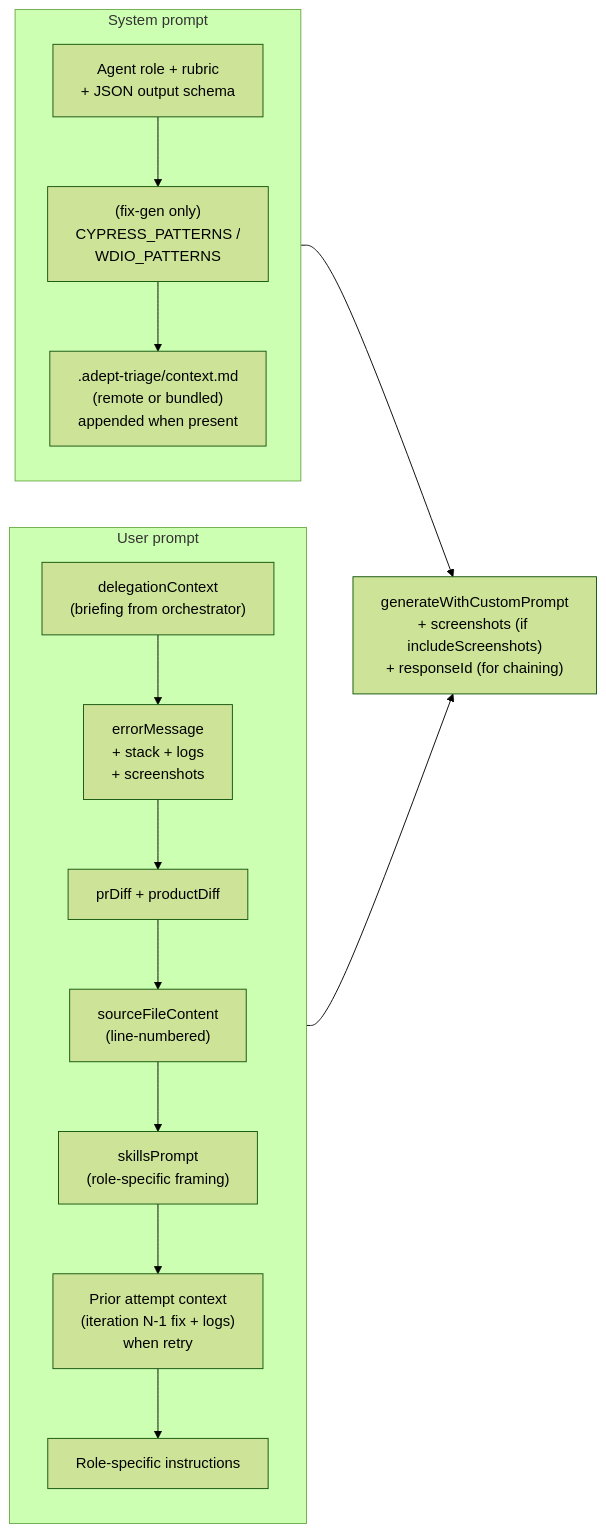
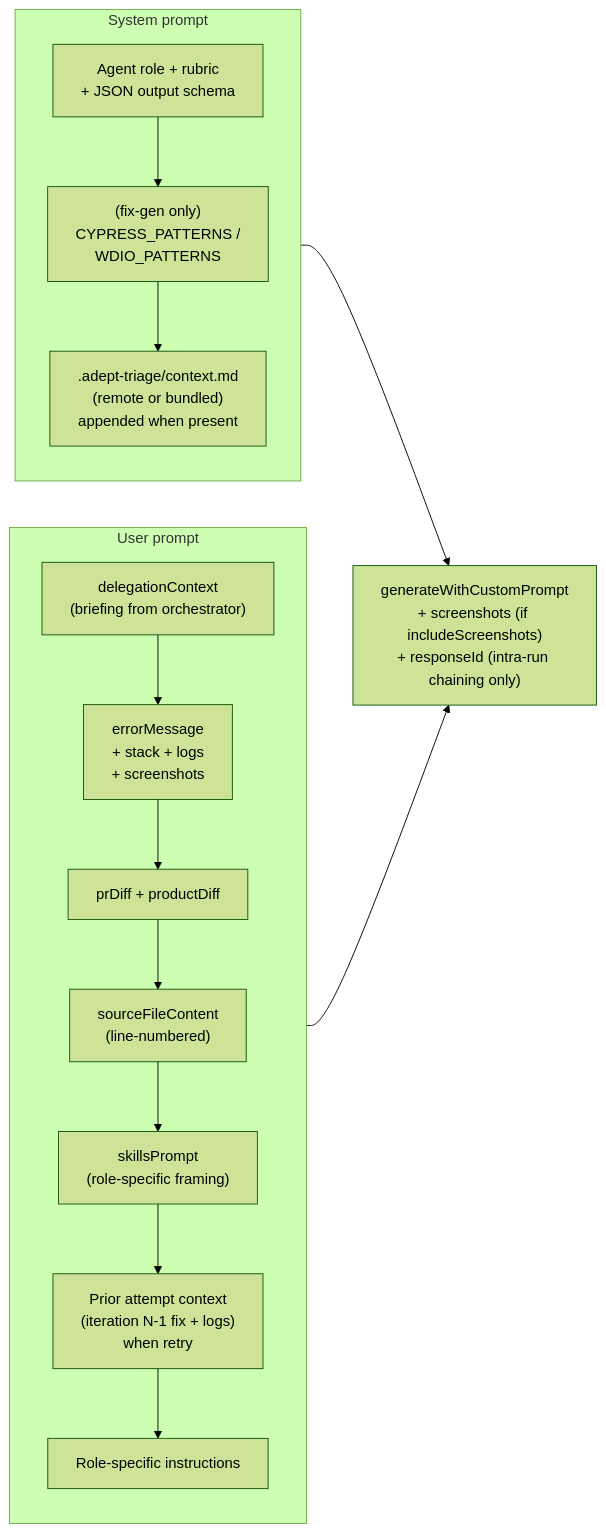
One commit to adept-at/adept-triage-agent changed the fourth of 10 diagrams in docs/agent-workflow-flowchart.md. Above: the diagram before and after it, drawn with Mermaid (forest theme). The commit also changed other lines of this file and 67 other files, not shown here.

````diff
--- a/docs/agent-workflow-flowchart.md
+++ b/docs/agent-workflow-flowchart.md
@@ -146,29 +146,29 @@
 ```mermaid
 flowchart LR
     subgraph SYS["System prompt"]
         ROLE["Agent role + rubric<br/>+ JSON output schema"]
         PATTERNS["(fix-gen only)<br/>CYPRESS_PATTERNS /<br/>WDIO_PATTERNS"]
         REPO_CTX[".adept-triage/context.md<br/>(remote or bundled)<br/>appended when present"]
         ROLE --> PATTERNS
         PATTERNS --> REPO_CTX
     end
 
     subgraph USER["User prompt"]
         DELEG["delegationContext<br/>(briefing from orchestrator)"]
         ERROR["errorMessage<br/>+ stack + logs<br/>+ screenshots"]
         DIFFS["prDiff + productDiff"]
         SOURCE["sourceFileContent<br/>(line-numbered)"]
         SKILLS["skillsPrompt<br/>(role-specific framing)"]
         PRIOR["Prior attempt context<br/>(iteration N-1 fix + logs)<br/>when retry"]
         ROLE_INSTR["Role-specific instructions"]
         DELEG --> ERROR
         ERROR --> DIFFS
         DIFFS --> SOURCE
         SOURCE --> SKILLS
         SKILLS --> PRIOR
         PRIOR --> ROLE_INSTR
     end
 
-    SYS --> OPENAI["generateWithCustomPrompt<br/>+ screenshots (if includeScreenshots)<br/>+ responseId (for chaining)"]
+    SYS --> OPENAI["generateWithCustomPrompt<br/>+ screenshots (if includeScreenshots)<br/>+ responseId (intra-run chaining only)"]
     USER --> OPENAI
 ```
````
